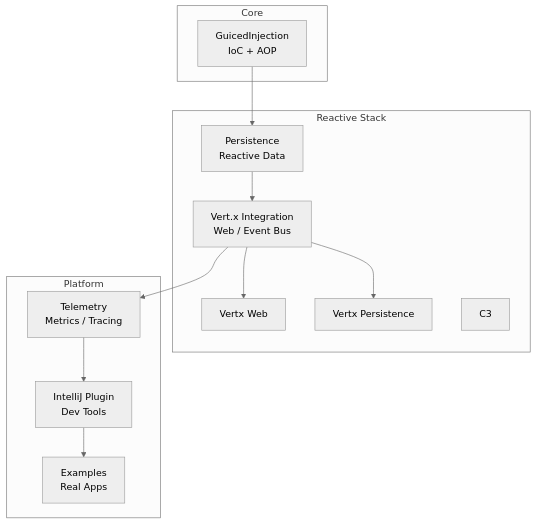
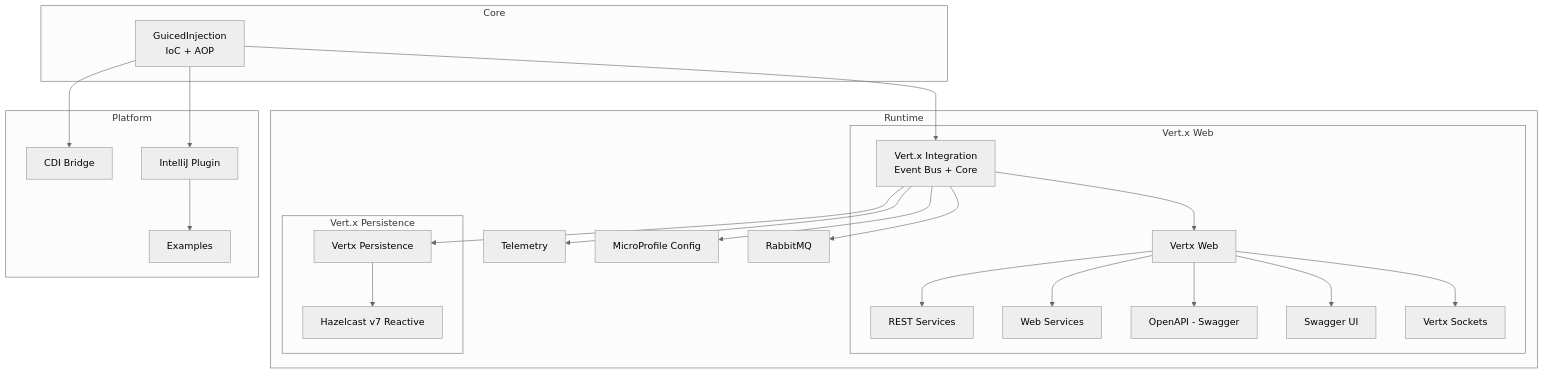
One commit to GuicedEE/GuicedEE changed the diagram in README.md. Above: the diagram before and after it, drawn with Mermaid (neutral theme). The commit also changed other lines of this file and 2 other files, not shown here.

Commit message:
Client separation from services

````diff
--- a/README.md
+++ b/README.md
@@ -111,25 +111,48 @@
 ```mermaid
 graph TD
-    A[GuicedInjection<br/>IoC + AOP] --> B[Persistence<br/>Reactive Data]
-    B --> C[Vert.x Integration<br/>Web / Event Bus]
-    C --> C1[Vertx Web]
-    C --> C2[Vertx Persistence]
-    C --> D[Telemetry<br/>Metrics / Tracing]
-    D --> E[IntelliJ Plugin<br/>Dev Tools]
-    E --> F[Examples<br/>Real Apps]
-    subgraph Core
-      A
+  %% Core
+  subgraph Core
+    A[GuicedInjection<br/>IoC + AOP]
+  end
+
+  %% Runtime (Vert.x centric)
+  subgraph Runtime
+    V[Vert.x Integration<br/>Event Bus + Core]
+    A --> V
+
+    %% Vert.x Web and friends
+    subgraph "Vert.x Web"
+      V1[Vertx Web]
+      V --> V1
+      V1 --> R[REST Services]
+      V1 --> W[Web Services]
+      V1 --> O[OpenAPI - Swagger]
+      V1 --> UI[Swagger UI]
+      V1 --> S[Vertx Sockets]
     end
-    subgraph Reactive Stack
-      B
-      C
-      C1
-      C2
-      C3
+
+    %% Vert.x Persistence and caching
+    subgraph "Vert.x Persistence"
+      P[Vertx Persistence]
+      V --> P
+      P --> H[Hazelcast v7 Reactive]
     end
-    subgraph Platform
-      D
-      E
-      F
-    end
+
+    %% Cross-cutting integrations
+    V --> T[Telemetry]
+    V --> CFG[MicroProfile Config]
+    V --> MQ[RabbitMQ]
+  end
+
+  %% Platform/Tooling
+  subgraph Platform
+    C[CDI Bridge]
+    IDE[IntelliJ Plugin]
+    EX[Examples]
+  end
+
+  %% Relationships to platform components
+  A --> C
+  A --> IDE
+  IDE --> EX
 ```
````
